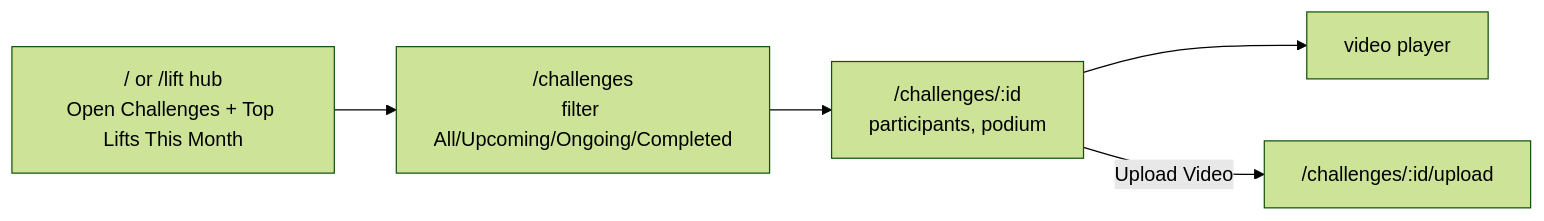
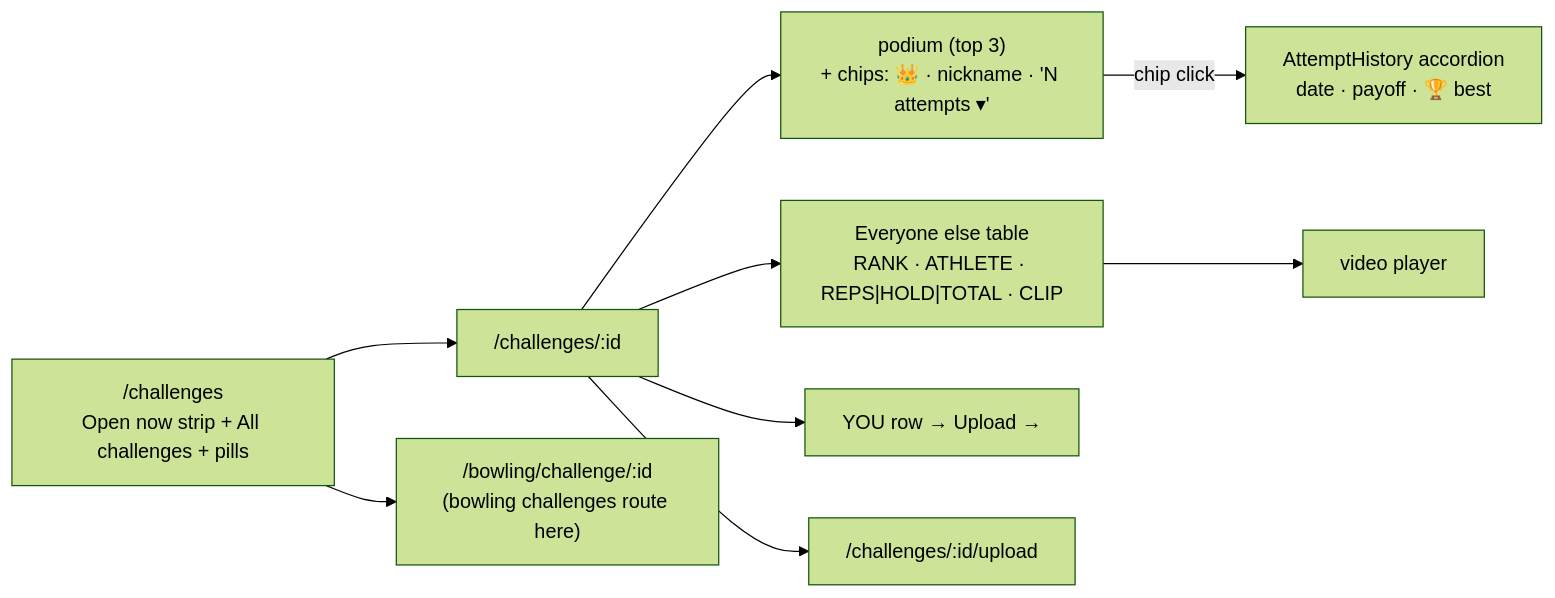
Before and after one commit to robert23kim/toms-gym: the second of 3 diagrams in docs/site-map/README.md, drawn with Mermaid (forest theme). The commit also changed other lines of this file and 46 other files, not shown here.

````diff
--- a/docs/site-map/README.md
+++ b/docs/site-map/README.md
@@ -95,7 +82,11 @@
 ```mermaid
 flowchart LR
-    H["/ or /lift hub\nOpen Challenges + Top Lifts This Month"] --> CL["/challenges\nfilter All/Upcoming/Ongoing/Completed"]
-    CL --> CD["/challenges/:id\nparticipants, podium"]
-    CD --> VP[video player]
-    CD -->|Upload Video| U["/challenges/:id/upload"]
+    CL["/challenges\nOpen now strip + All challenges + pills"] --> CD["/challenges/:id"]
+    CD --> POD["podium (top 3)\n+ chips: 👑 · nickname · 'N attempts ▾'"]
+    CD --> TBL["Everyone else table\nRANK · ATHLETE · REPS|HOLD|TOTAL · CLIP"]
+    CD --> YOU["YOU row → Upload →"]
+    POD -->|chip click| AH["AttemptHistory accordion\ndate · payoff · 🏆 best"]
+    TBL --> VP[video player]
+    CD --> CU["/challenges/:id/upload"]
+    CL --> BC["/bowling/challenge/:id\n(bowling challenges route here)"]
 ```
````
